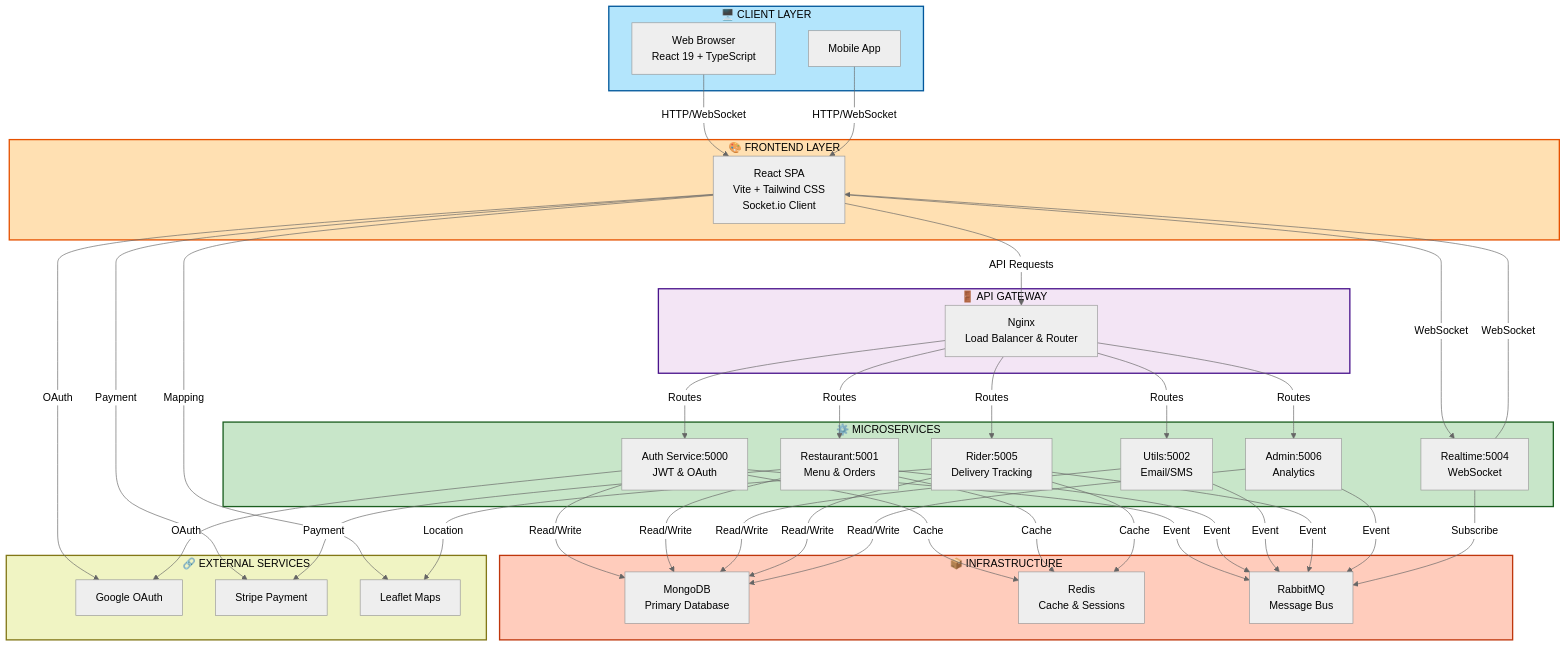
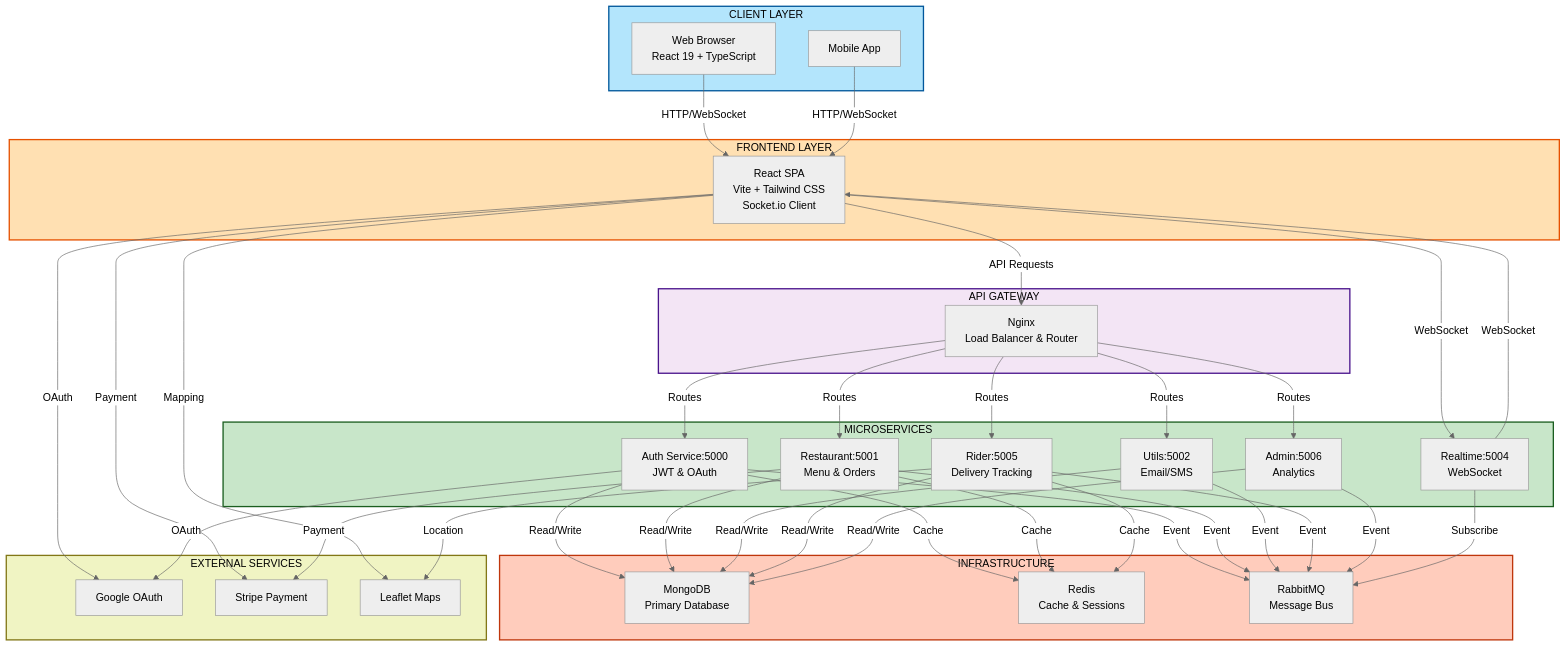
The diagram in frontend/README.md (suryaparua-official/Food-Delivery-Platform), drawn with Mermaid (neutral theme) before and after one commit. The commit also changed other lines of this file and 1 other file, not shown here.

````diff
--- a/frontend/README.md
+++ b/frontend/README.md
@@ -123,19 +123,19 @@
 ```mermaid
 graph TB
-    subgraph Client["🖥️ CLIENT LAYER"]
+    subgraph Client["CLIENT LAYER"]
         WEB["Web Browser<br/>React 19 + TypeScript"]
         MOBILE["Mobile App"]
     end
 
-    subgraph Frontend["🎨 FRONTEND LAYER"]
+    subgraph Frontend["FRONTEND LAYER"]
         REACT["React SPA<br/>Vite + Tailwind CSS<br/>Socket.io Client"]
     end
 
-    subgraph Gateway["🚪 API GATEWAY"]
+    subgraph Gateway["API GATEWAY"]
         NGINX["Nginx<br/>Load Balancer & Router"]
     end
 
-    subgraph Services["⚙️ MICROSERVICES"]
+    subgraph Services["MICROSERVICES"]
         AUTH["Auth Service:5000<br/>JWT & OAuth"]
         RESTAURANT["Restaurant:5001<br/>Menu & Orders"]
         UTILS["Utils:5002<br/>Email/SMS"]
@@ -144,13 +144,13 @@
         ADMIN["Admin:5006<br/>Analytics"]
     end
 
-    subgraph Infrastructure["📦 INFRASTRUCTURE"]
+    subgraph Infrastructure["INFRASTRUCTURE"]
         MONGO["MongoDB<br/>Primary Database"]
         CACHE["Redis<br/>Cache & Sessions"]
         RABBITMQ["RabbitMQ<br/>Message Bus"]
     end
 
-    subgraph External["🔗 EXTERNAL SERVICES"]
+    subgraph External["EXTERNAL SERVICES"]
         GOOGLE["Google OAuth"]
         STRIPE["Stripe Payment"]
         MAPS["Leaflet Maps"]
````
